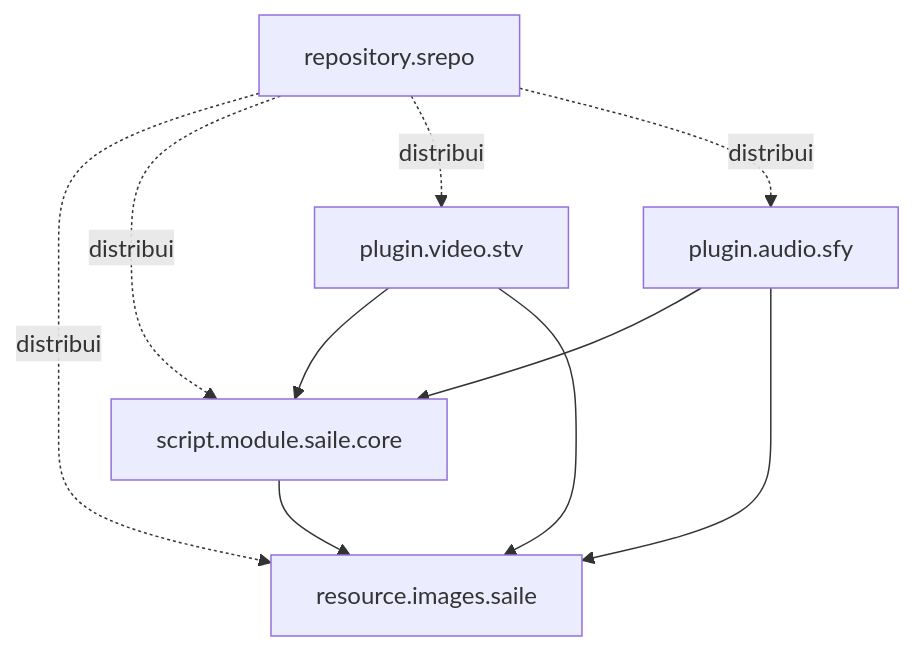
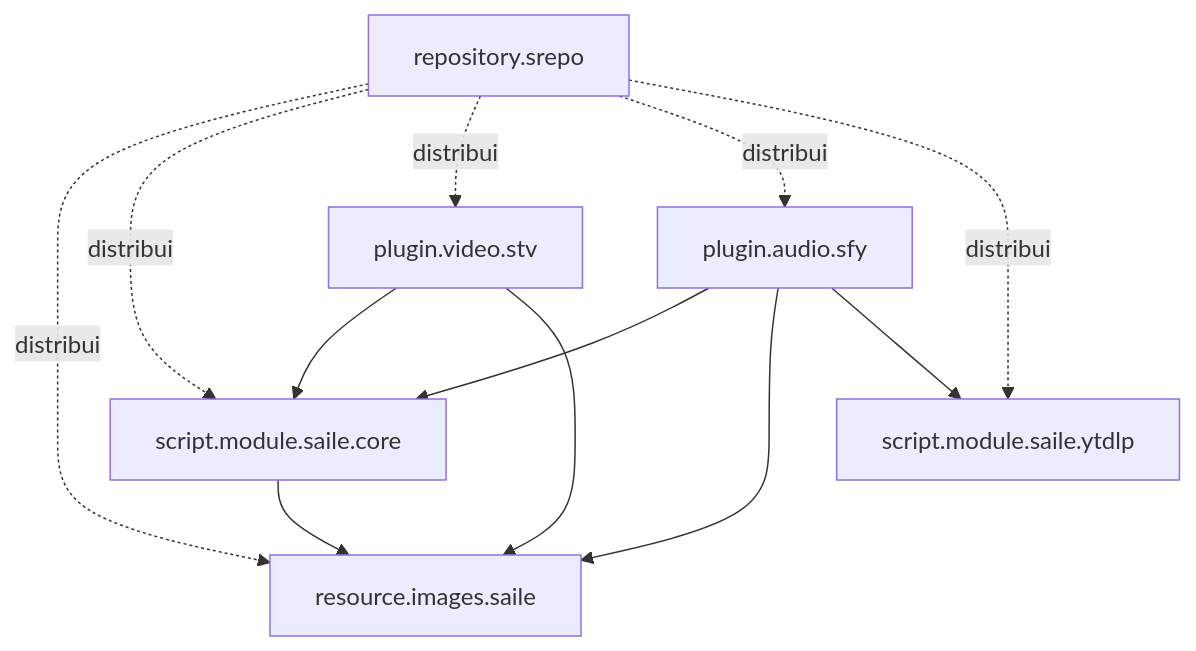
Before and after one commit to Bruno1991/saile-repo-dev: the diagram in REPOSITORY_BLUEPRINT.md, drawn with Mermaid. The commit also changed other lines of this file and 107 other files, not shown here.

````diff
--- a/REPOSITORY_BLUEPRINT.md
+++ b/REPOSITORY_BLUEPRINT.md
@@ -34,18 +36,21 @@
 ```mermaid
 flowchart TD
   REPO[repository.srepo]
   ART[resource.images.saile]
   CORE[script.module.saile.core]
+  YTDLP[script.module.saile.ytdlp]
   STV[plugin.video.stv]
   SFY[plugin.audio.sfy]
 
   CORE --> ART
   STV --> CORE
   STV --> ART
   SFY --> CORE
   SFY --> ART
+  SFY --> YTDLP
   REPO -. distribui .-> ART
   REPO -. distribui .-> CORE
   REPO -. distribui .-> STV
   REPO -. distribui .-> SFY
+  REPO -. distribui .-> YTDLP
 ```
````
